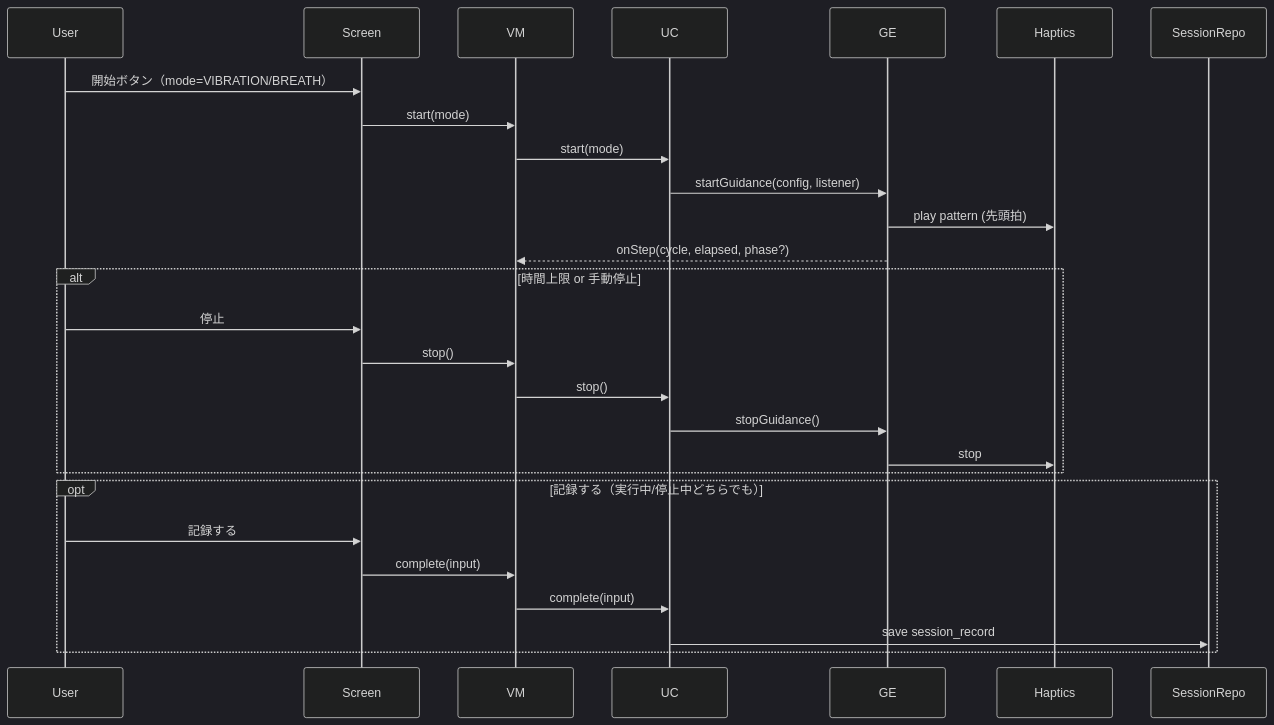
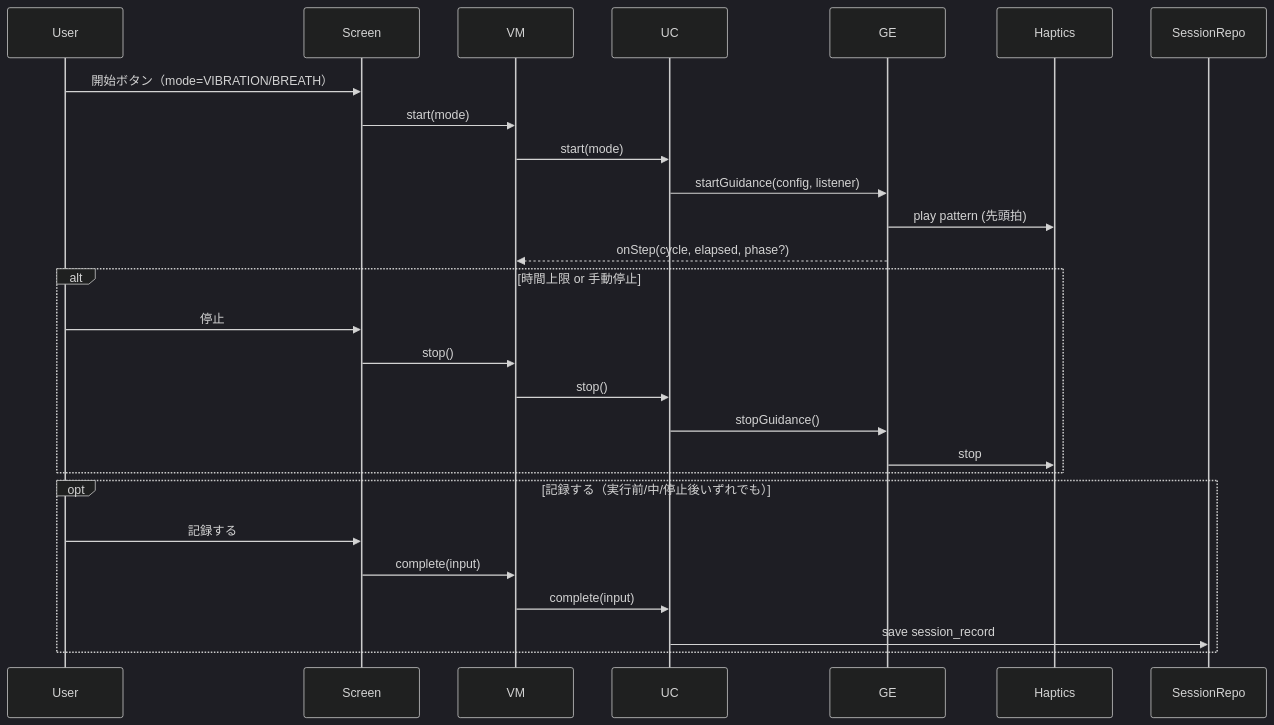
The third of 3 diagrams in .kiro/specs/calm-heart-rate-app/design.md (n4cl/CalmVibe), drawn with Mermaid (dark theme) before and after one commit. The commit also changed other lines of this file and 2 other files, not shown here.

````diff
--- a/.kiro/specs/calm-heart-rate-app/design.md
+++ b/.kiro/specs/calm-heart-rate-app/design.md
@@ -98,30 +98,30 @@
 ```mermaid
 sequenceDiagram
   participant User
   participant Screen
   participant VM
   participant UC
   participant GE
   participant Haptics
   participant Repo as SessionRepo
 
   User->>Screen: 開始ボタン（mode=VIBRATION/BREATH）
   Screen->>VM: start(mode)
   VM->>UC: start(mode)
   UC->>GE: startGuidance(config, listener)
   GE->>Haptics: play pattern (先頭拍)
   GE-->>VM: onStep(cycle, elapsed, phase?)
   alt 時間上限 or 手動停止
     User->>Screen: 停止
     Screen->>VM: stop()
     VM->>UC: stop()
     UC->>GE: stopGuidance()
     GE->>Haptics: stop
   end
-  opt 記録する（実行中/停止中どちらでも）
+  opt 記録する（実行前/中/停止後いずれでも）
     User->>Screen: 記録する
     Screen->>VM: complete(input)
     VM->>UC: complete(input)
     UC->>Repo: save session_record
   end
 ```
````
